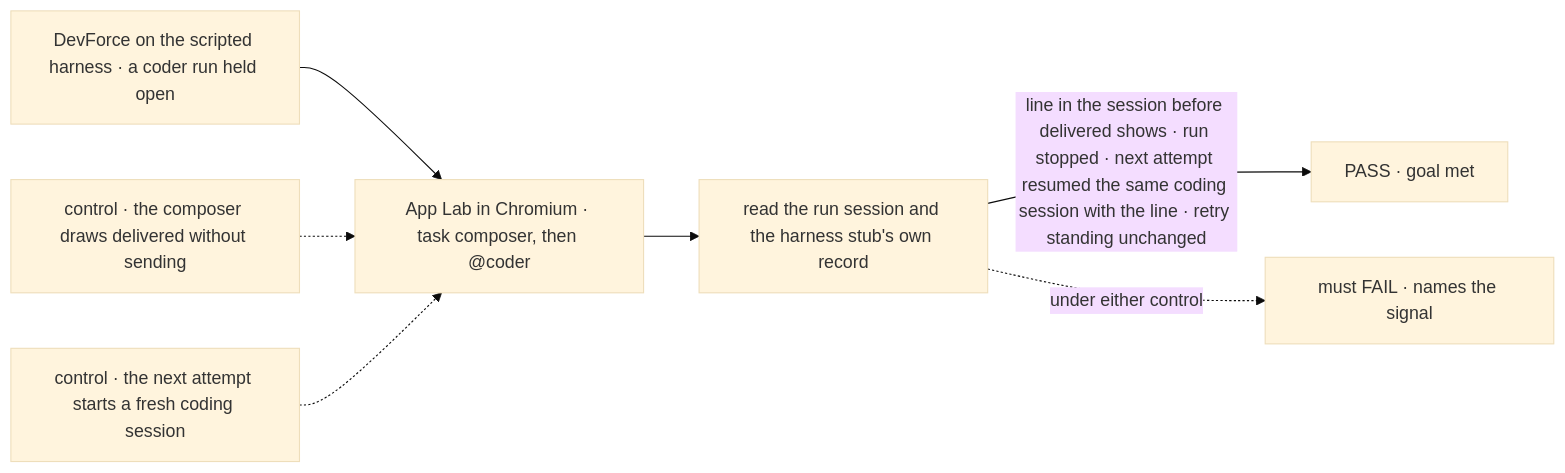
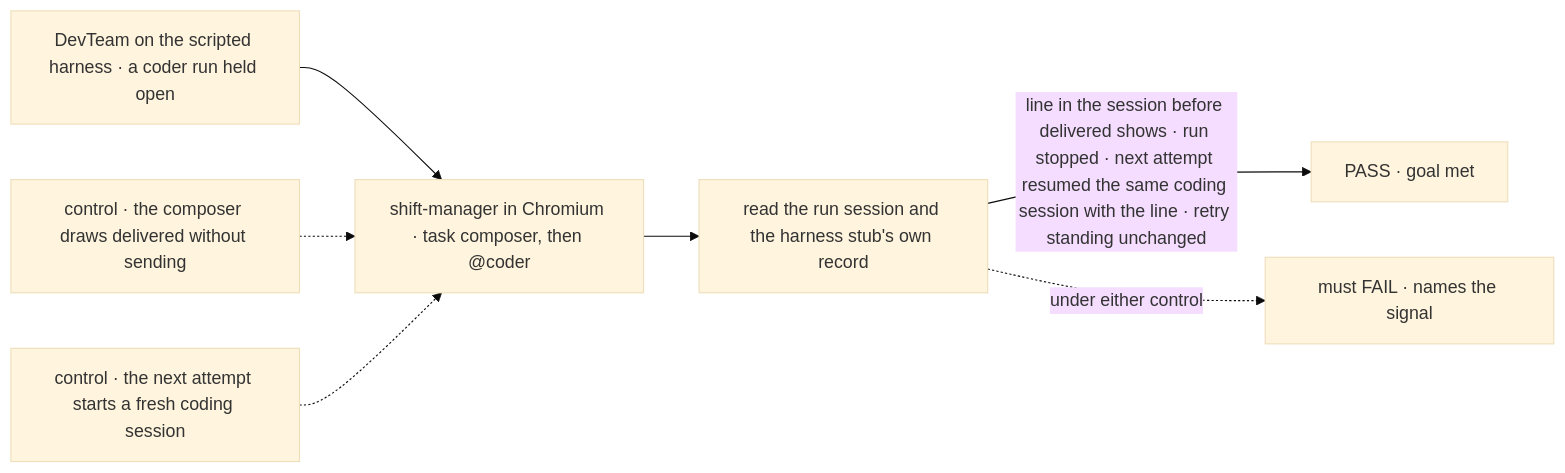
One commit to fixpoint-labs/flow-state-dev changed the first of 2 diagrams in specs/issues/FIX-1690/SPEC.md. Above: the diagram before and after it, drawn with Mermaid (base theme). The commit also changed other lines of this file and 383 other files, not shown here.

First line of the commit message:
refactor: rename app-lab to shift-manager (FIX-1706)

````diff
--- a/specs/issues/FIX-1690/SPEC.md
+++ b/specs/issues/FIX-1690/SPEC.md
@@ -34,9 +34,9 @@
 ```mermaid
 flowchart LR
-  L["DevForce on the scripted harness · a coder run held open"] --> A["App Lab in Chromium · task composer, then @coder"]
+  L["DevTeam on the scripted harness · a coder run held open"] --> A["shift-manager in Chromium · task composer, then @coder"]
   A --> R["read the run session and the harness stub's own record"]
   R -->|"line in the session before delivered shows · run stopped · next attempt resumed the same coding session with the line · retry standing unchanged"| P["PASS · goal met"]
   C1["control · the composer draws delivered without sending"] -.-> A
   C2["control · the next attempt starts a fresh coding session"] -.-> A
   R -.->|"under either control"| F["must FAIL · names the signal"]
 ```
````
